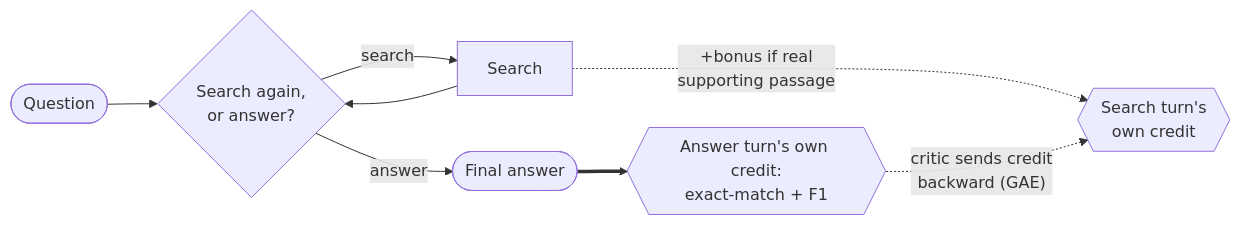
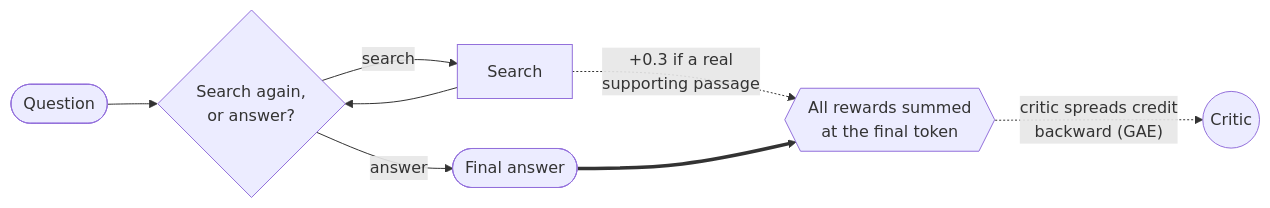
One commit to redswimmer/turn-level-rewards changed the fifth of 6 diagrams in README.md. Above: the diagram before and after it, drawn with Mermaid. The commit also changed other lines of this file and 5 other files, not shown here.

````diff
--- a/README.md
+++ b/README.md
@@ -126,10 +124,10 @@
 ```mermaid
 flowchart LR
     Q4(["Question"]) --> D4{"Search again,<br/>or answer?"}
     D4 -- search --> S4["Search"]
     S4 --> D4
-    S4 -.->|"+bonus if real<br/>supporting passage"| R4a{{"Search turn's<br/>own credit"}}
+    S4 -.->|"+0.3 if a real<br/>supporting passage"| R4
     D4 -- answer --> A4(["Final answer"])
-    A4 ==> R4b{{"Answer turn's own credit:<br/>exact-match + F1"}}
-    R4b -.->|"critic sends credit<br/>backward (GAE)"| R4a
+    A4 ==> R4{{"All rewards summed<br/>at the final token"}}
+    R4 -.->|"critic spreads credit<br/>backward (GAE)"| C4(("Critic"))
 ```
````
